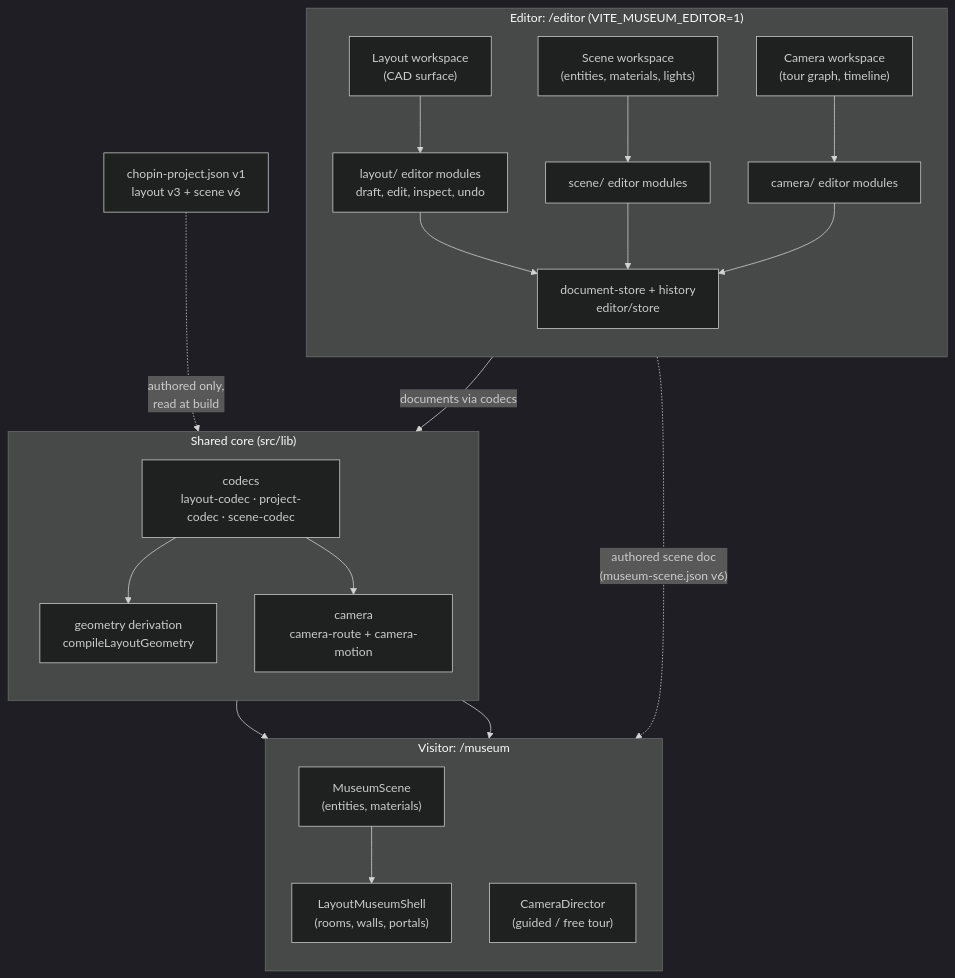
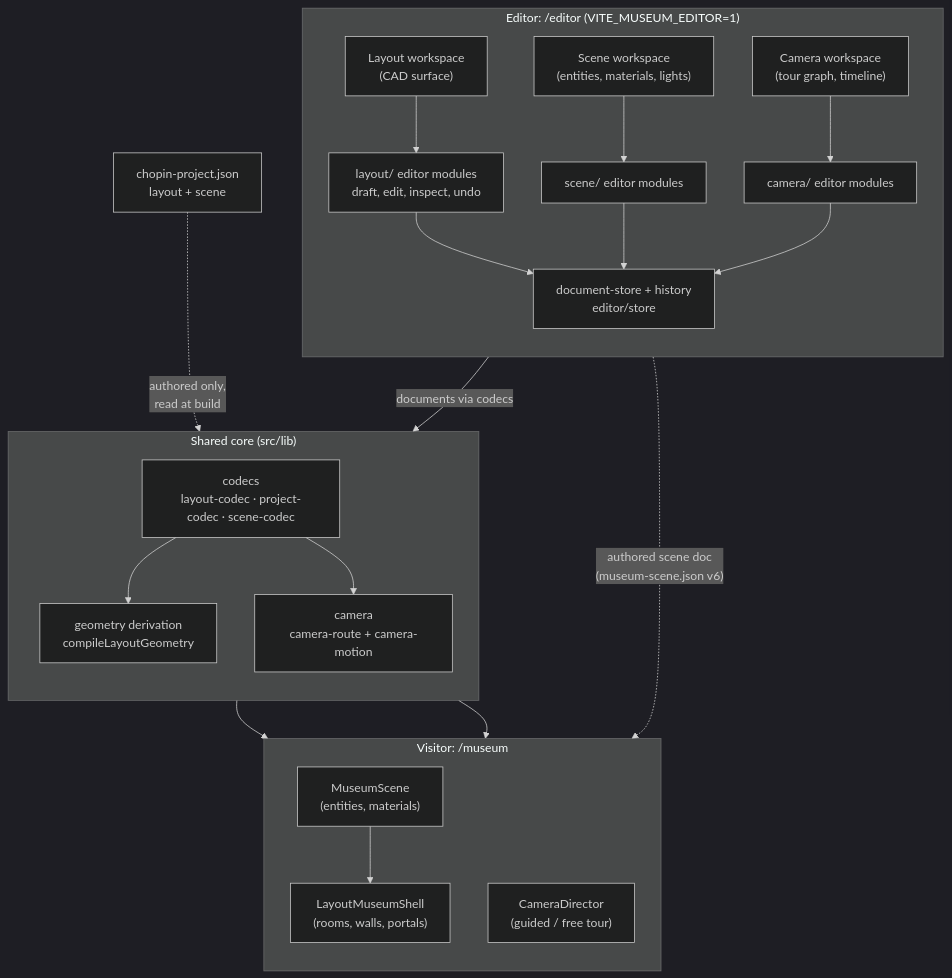
The first of 4 diagrams in diagrams/architecture.md (toni8699/Museum), drawn with Mermaid (dark theme) before and after one commit. The commit also changed other lines of this file and 51 other files, not shown here.

````diff
--- a/diagrams/architecture.md
+++ b/diagrams/architecture.md
@@ -55,36 +44,36 @@
 ```mermaid
 flowchart TB
     subgraph Editor["Editor: /editor (VITE_MUSEUM_EDITOR=1)"]
         direction TB
         E1["Layout workspace<br/>(CAD surface)"] --> LAYOUT["layout/ editor modules<br/>draft, edit, inspect, undo"]
         E2["Scene workspace<br/>(entities, materials, lights)"] --> SCENE["scene/ editor modules"]
         E3["Camera workspace<br/>(tour graph, timeline)"] --> CAM["camera/ editor modules"]
         LAYOUT --> DOCSTORE["document-store + history<br/>editor/store"]
         SCENE --> DOCSTORE
         CAM --> DOCSTORE
     end
 
     subgraph Core["Shared core (src/lib)"]
         direction TB
         CODEC["codecs<br/>layout-codec · project-codec · scene-codec"]
         COMP["geometry derivation<br/>compileLayoutGeometry"]
         CAMROUTE["camera<br/>camera-route + camera-motion"]
     end
 
     subgraph Visitor["Visitor: /museum"]
         direction TB
         V1["LayoutMuseumShell<br/>(rooms, walls, portals)"]
         V2["MuseumScene<br/>(entities, materials)"]
         V3["CameraDirector<br/>(guided / free tour)"]
     end
 
     Editor -->|"documents via codecs"| Core
     CODEC --> COMP
     COMP --> V1
     CODEC --> CAMROUTE
     CAMROUTE --> V3
     V2 --> V1
     SCENE -. "authored scene doc<br/>(museum-scene.json v6)" .-> V2
 
-    PERSIST["chopin-project.json v1<br/>layout v3 + scene v6"] -. "authored only,<br/>read at build" .-> CODEC
+    PERSIST["chopin-project.json<br/>layout + scene"] -. "authored only,<br/>read at build" .-> CODEC
 ```
````
